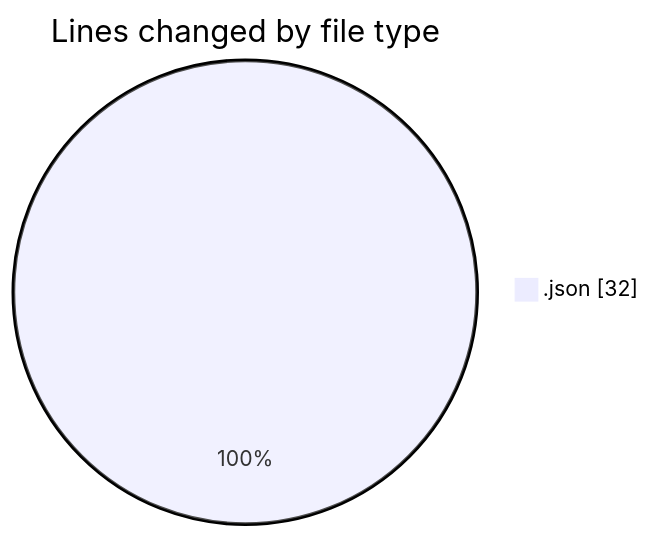
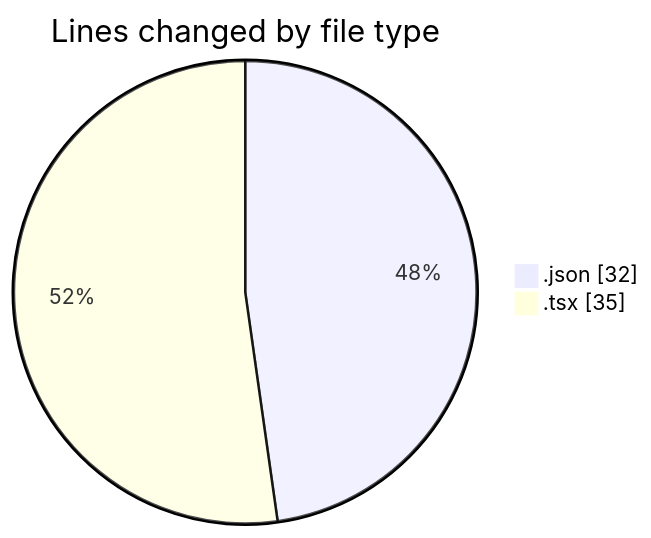
One commit to momahboobian/code-tracking changed the first of 2 diagrams in 2025-03-06/song-sieve/README.md. Above: the diagram before and after it, drawn with Mermaid. The commit also changed other lines of this file and 1 other file, not shown here.

````diff
--- a/2025-03-06/song-sieve/README.md
+++ b/2025-03-06/song-sieve/README.md
@@ -20,5 +21,6 @@
 ```mermaid
 pie showData
 title Lines changed by file type
 ".json" : 32
+".tsx" : 35
 ```
````
